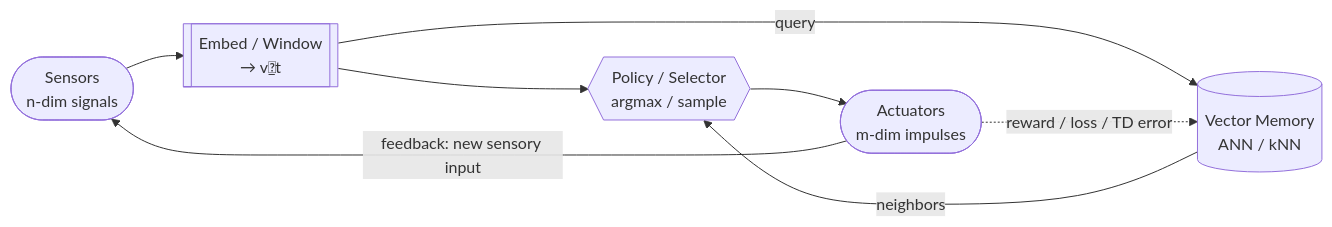
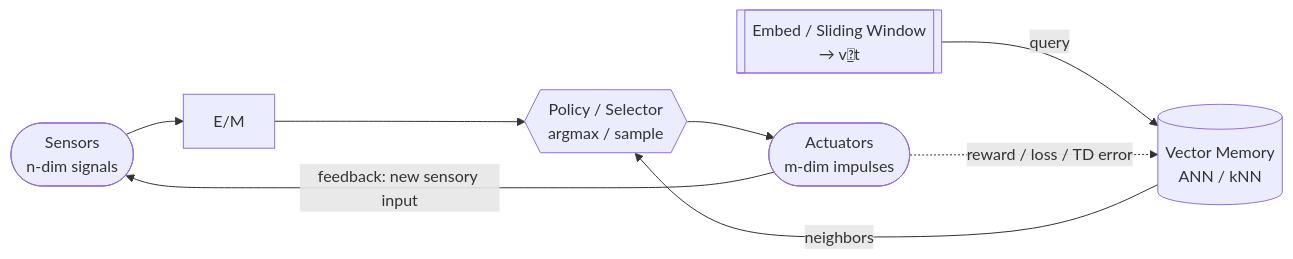
One commit to cnatale/VeCTRL changed the diagram in README.md. Above: the diagram before and after it, drawn with Mermaid. The commit also changed other lines of this file and 1 other file, not shown here.

Commit message:
Refactor docs for readability, better description of core project goal

````diff
--- a/README.md
+++ b/README.md
@@ -26,22 +26,22 @@
 ```mermaid
 flowchart LR
   %% VeCTRL: Vector-driven Control Loop
 
   S([Sensors<br/>n-dim signals])
-  E[[Embed / Window<br/>→ v⃗_t]]
+  E[[Embed / Sliding Window<br/>→ v⃗_t]]
   M[(Vector Memory<br/>ANN / kNN)]
   P{{Policy / Selector<br/>argmax / sample}}
   A([Actuators<br/>m-dim impulses])
 
   %% Main flow
-  S --> E --> P --> A
+  S --> E/M --> P --> A
 
   %% Memory retrieval + writeback
   E -->|query| M
   M -->|neighbors| P
   A -->|feedback: new sensory input| S
 
-  %% Learning / rescoring (optional but on-brand)
+  %% Learning / rescoring
   A -.->|reward / loss / TD error| M
 
 ```
````
